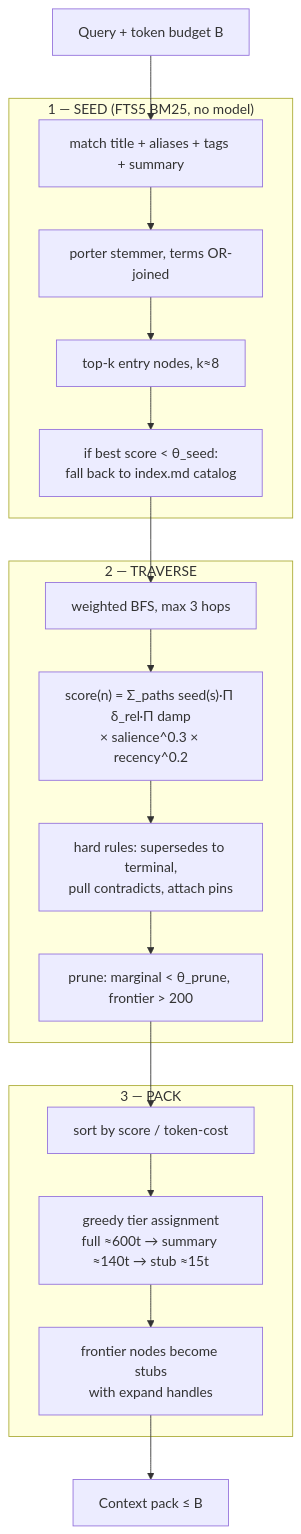
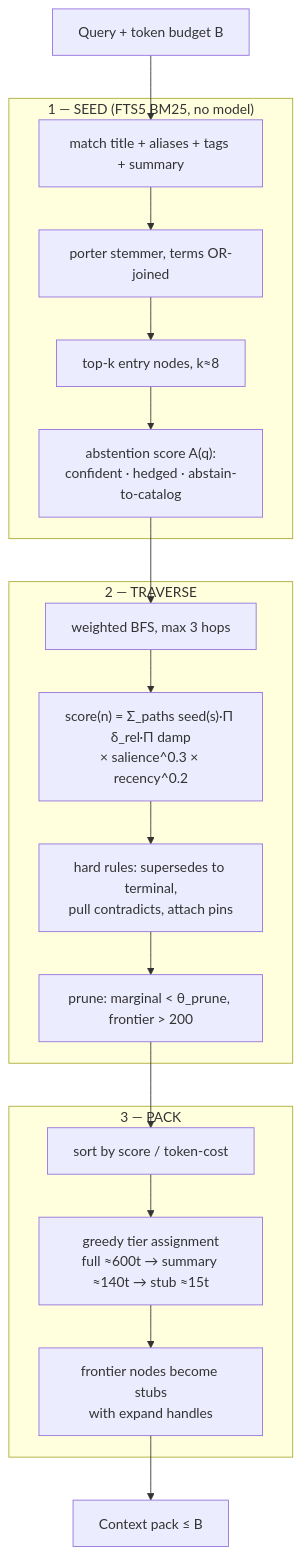
Before and after one commit to mars-flat/brain: the first of 2 diagrams in architecture/06-brain-runtime.md, drawn with Mermaid. The commit also changed other lines of this file and 15 other files, not shown here.

````diff
--- a/architecture/06-brain-runtime.md
+++ b/architecture/06-brain-runtime.md
@@ -7,26 +7,26 @@
 ```mermaid
 flowchart TB
     Q["Query + token budget B"]
 
     subgraph Seed["1 — SEED (FTS5 BM25, no model)"]
         F1["match title + aliases + tags + summary"]
         F2["porter stemmer, terms OR-joined"]
         F3["top-k entry nodes, k≈8"]
-        F4["if best score &lt; θ_seed:<br/>fall back to index.md catalog"]
+        F4["abstention score A(q):<br/>confident · hedged · abstain-to-catalog"]
     end
 
     subgraph Trav["2 — TRAVERSE"]
         B1["weighted BFS, max 3 hops"]
         B2["score(n) = Σ_paths seed(s)·Π δ_rel·Π damp<br/>× salience^0.3 × recency^0.2"]
         B3["hard rules: supersedes to terminal,<br/>pull contradicts, attach pins"]
         B4["prune: marginal &lt; θ_prune, frontier &gt; 200"]
     end
 
     subgraph Pack["3 — PACK"]
         K1["sort by score / token-cost"]
         K2["greedy tier assignment<br/>full ≈600t → summary ≈140t → stub ≈15t"]
         K3["frontier nodes become stubs<br/>with expand handles"]
     end
 
     Q --> F1 --> F2 --> F3 --> F4 --> B1 --> B2 --> B3 --> B4 --> K1 --> K2 --> K3 --> OUT["Context pack ≤ B"]
 ```
````
